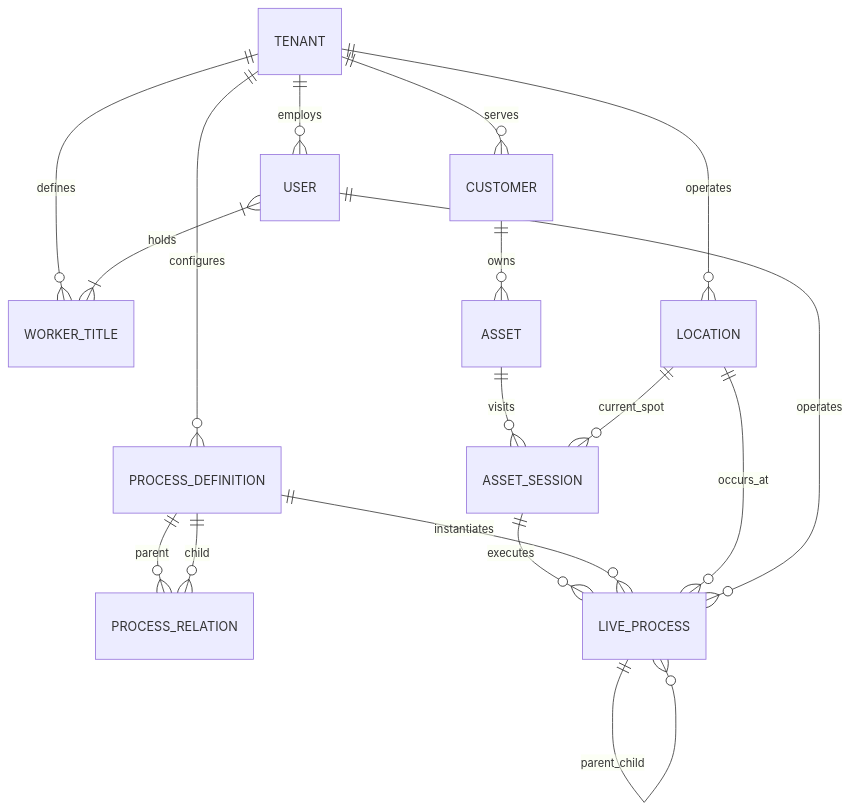
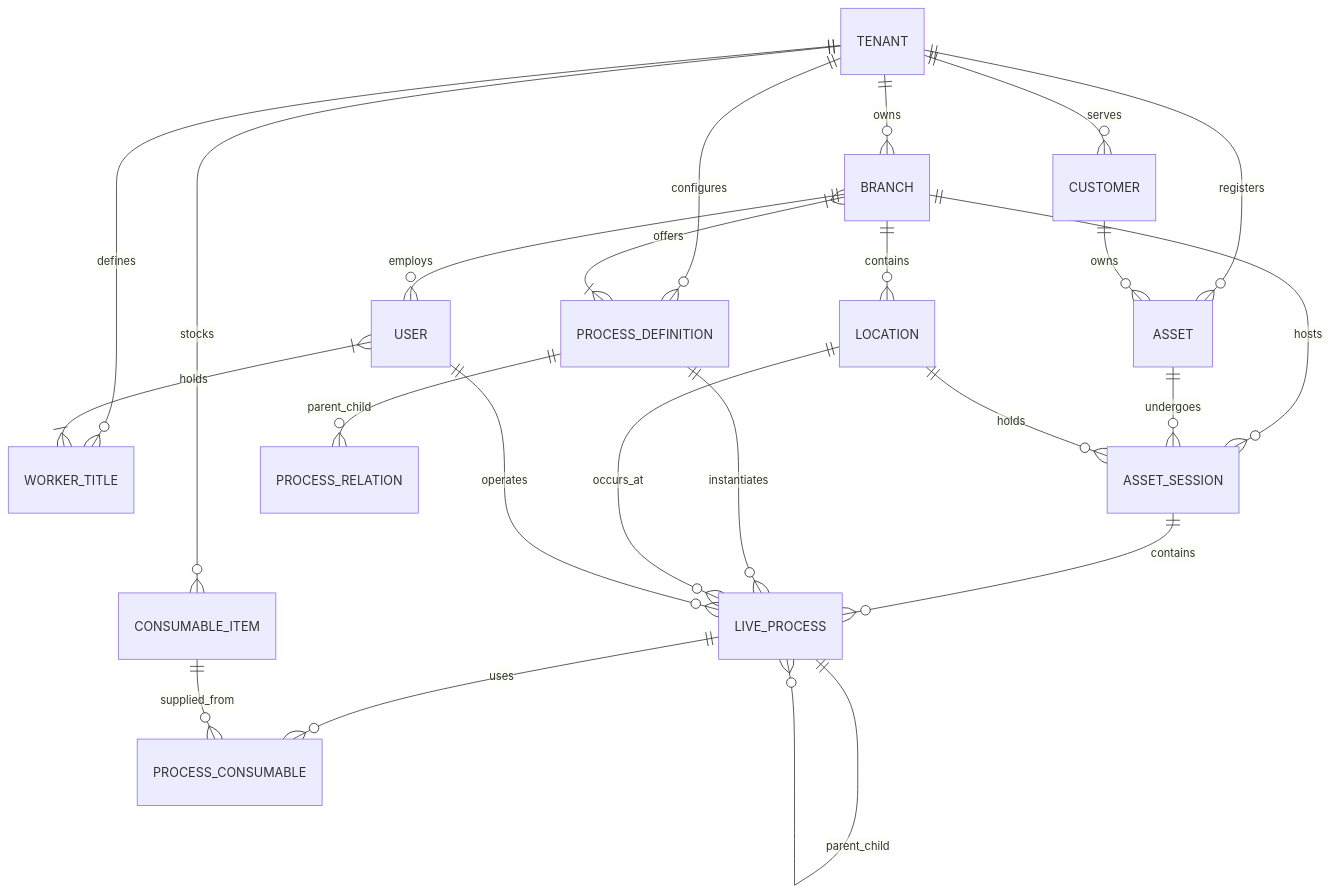
One commit to tucibeyin/yonned changed the diagram in documents/data_structures/V1.0/data_structures.md. Above: the diagram before and after it, drawn with Mermaid. The commit also changed other lines of this file, not shown here.

Commit message:
docs: Update V1.0 spec with Multi-Branch, Unified Assets & Asset Roaming

````diff
--- a/documents/data_structures/V1.0/data_structures.md
+++ b/documents/data_structures/V1.0/data_structures.md
@@ -22,23 +42,30 @@
 ```mermaid
 erDiagram
-    TENANT ||--o{ USER : employs
+    TENANT ||--o{ BRANCH : owns
+    TENANT ||--o{ CUSTOMER : serves
+    TENANT ||--o{ ASSET : registers
     TENANT ||--o{ WORKER_TITLE : defines
-    TENANT ||--o{ LOCATION : operates
     TENANT ||--o{ PROCESS_DEFINITION : configures
-    TENANT ||--o{ CUSTOMER : serves
-    
+    TENANT ||--o{ CONSUMABLE_ITEM : stocks
+
+    BRANCH ||--o{ LOCATION : contains
+    BRANCH ||--o{ USER : employs
+    BRANCH ||--o{ ASSET_SESSION : hosts
+    BRANCH }|--|{ PROCESS_DEFINITION : offers
+
+    CUSTOMER ||--o{ ASSET : owns
     USER }|--|{ WORKER_TITLE : holds
-    CUSTOMER ||--o{ ASSET : owns
-    
-    PROCESS_DEFINITION ||--o{ PROCESS_RELATION : parent
-    PROCESS_DEFINITION ||--o{ PROCESS_RELATION : child
-    
-    ASSET ||--o{ ASSET_SESSION : visits
-    LOCATION ||--o{ ASSET_SESSION : current_spot
-    
-    ASSET_SESSION ||--o{ LIVE_PROCESS : executes
+
+    PROCESS_DEFINITION ||--o{ PROCESS_RELATION : parent_child
+
+    ASSET ||--o{ ASSET_SESSION : undergoes
+    LOCATION ||--o{ ASSET_SESSION : holds
+
+    ASSET_SESSION ||--o{ LIVE_PROCESS : contains
     PROCESS_DEFINITION ||--o{ LIVE_PROCESS : instantiates
     LIVE_PROCESS ||--o{ LIVE_PROCESS : parent_child
     LOCATION ||--o{ LIVE_PROCESS : occurs_at
     USER ||--o{ LIVE_PROCESS : operates
+    LIVE_PROCESS ||--o{ PROCESS_CONSUMABLE : uses
+    CONSUMABLE_ITEM ||--o{ PROCESS_CONSUMABLE : supplied_from
 ```
````
